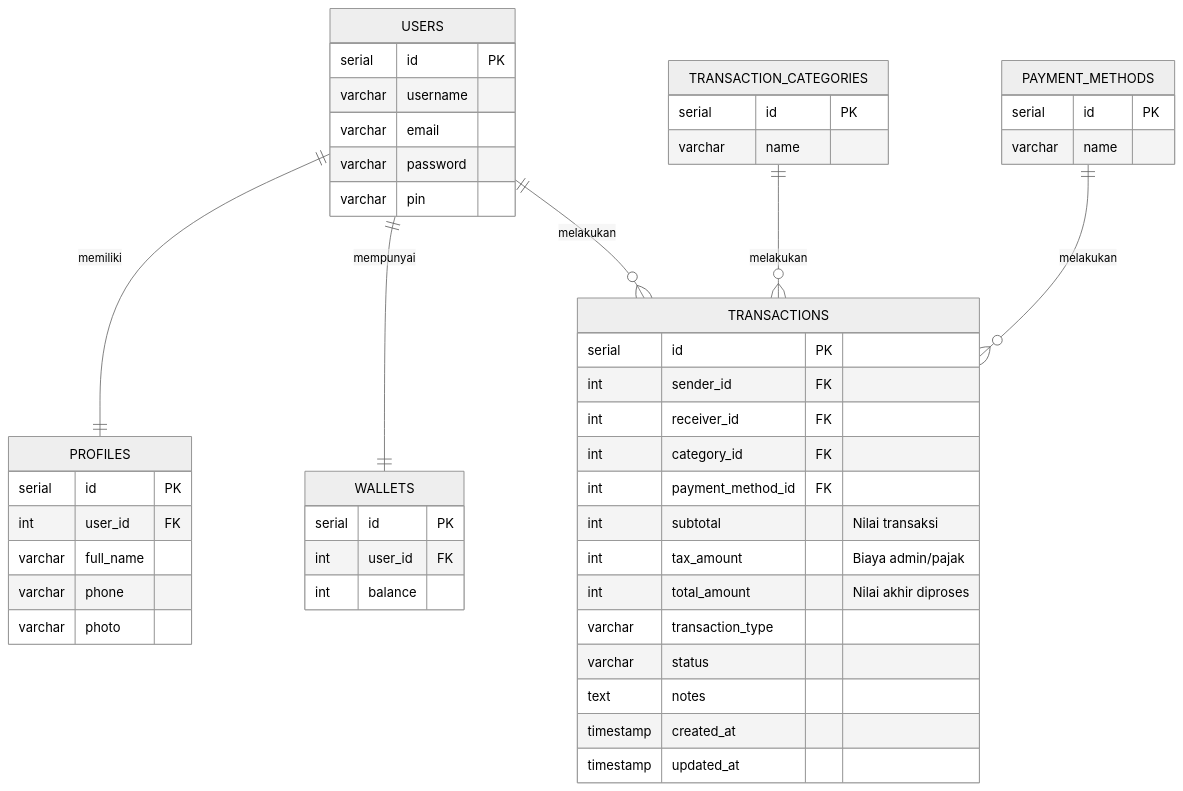
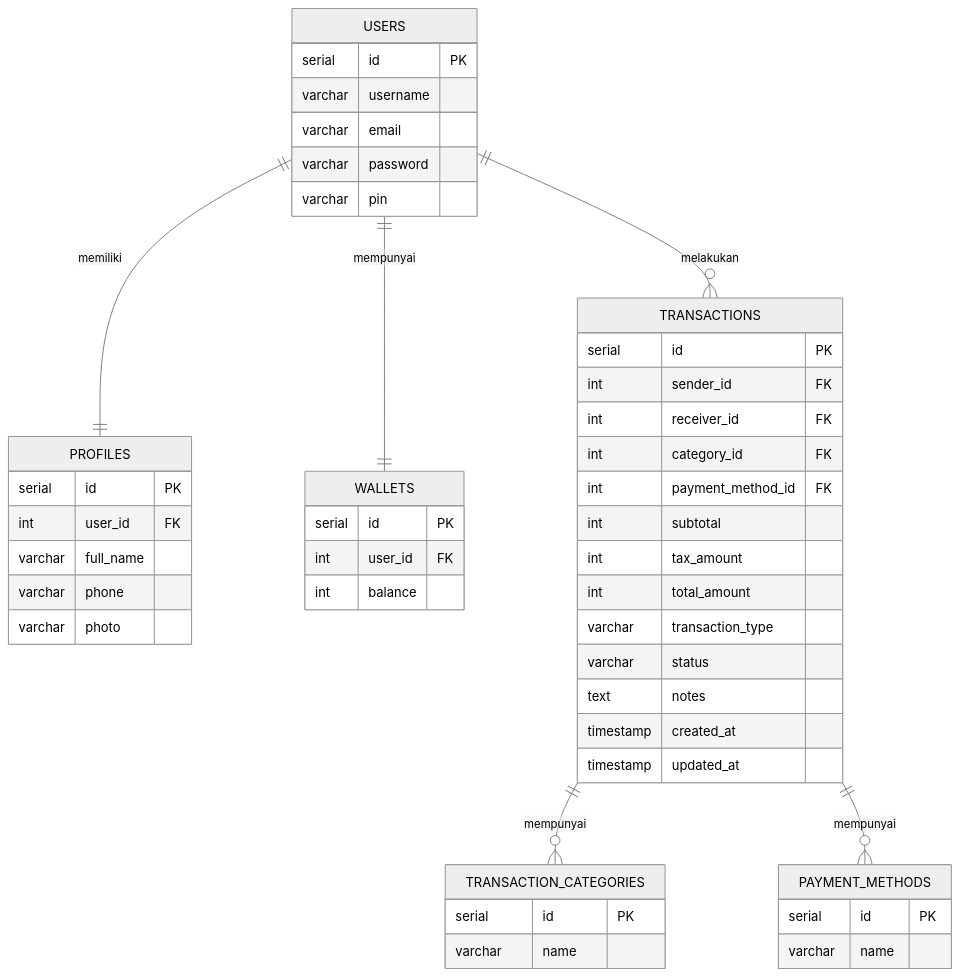
One commit to aqilknz/koda-b7-db changed the diagram in README.md. Above: the diagram before and after it, drawn with Mermaid (neutral theme).

Commit message:
docs: add ERD for e-wallet

````diff
--- a/README.md
+++ b/README.md
@@ -1,57 +1,57 @@
 ```mermaid
 erDiagram
     USERS ||--|| PROFILES : "memiliki"
     USERS ||--|| WALLETS : "mempunyai"
     USERS ||--o{ TRANSACTIONS : "melakukan"
-    TRANSACTION_CATEGORIES ||--o{ TRANSACTIONS : "melakukan"
-    PAYMENT_METHODS ||--o{ TRANSACTIONS : "melakukan"
+    TRANSACTIONS  ||--o{ TRANSACTION_CATEGORIES : "mempunyai"
+    TRANSACTIONS ||--o{ PAYMENT_METHODS : "mempunyai"
 
     USERS {
         serial id PK
         varchar username
         varchar email
         varchar password
         varchar pin
     }
 
     PROFILES {
         serial id PK
         int user_id FK
         varchar full_name
         varchar phone
         varchar photo
     }
 
     WALLETS {
         serial id PK
         int user_id FK
         int balance
     }
 
     TRANSACTION_CATEGORIES {
         serial id PK
         varchar name
     }
 
     PAYMENT_METHODS {
         serial id PK
         varchar name
     }
 
     TRANSACTIONS {
         serial id PK
         int sender_id FK
         int receiver_id FK
         int category_id FK
         int payment_method_id FK
-        int subtotal "Nilai transaksi"
-        int tax_amount "Biaya admin/pajak"
-        int total_amount "Nilai akhir diproses"
+        int subtotal 
+        int tax_amount 
+        int total_amount
         varchar transaction_type
         varchar status
         text notes
         timestamp created_at
         timestamp updated_at
     }
 
 ```
````
